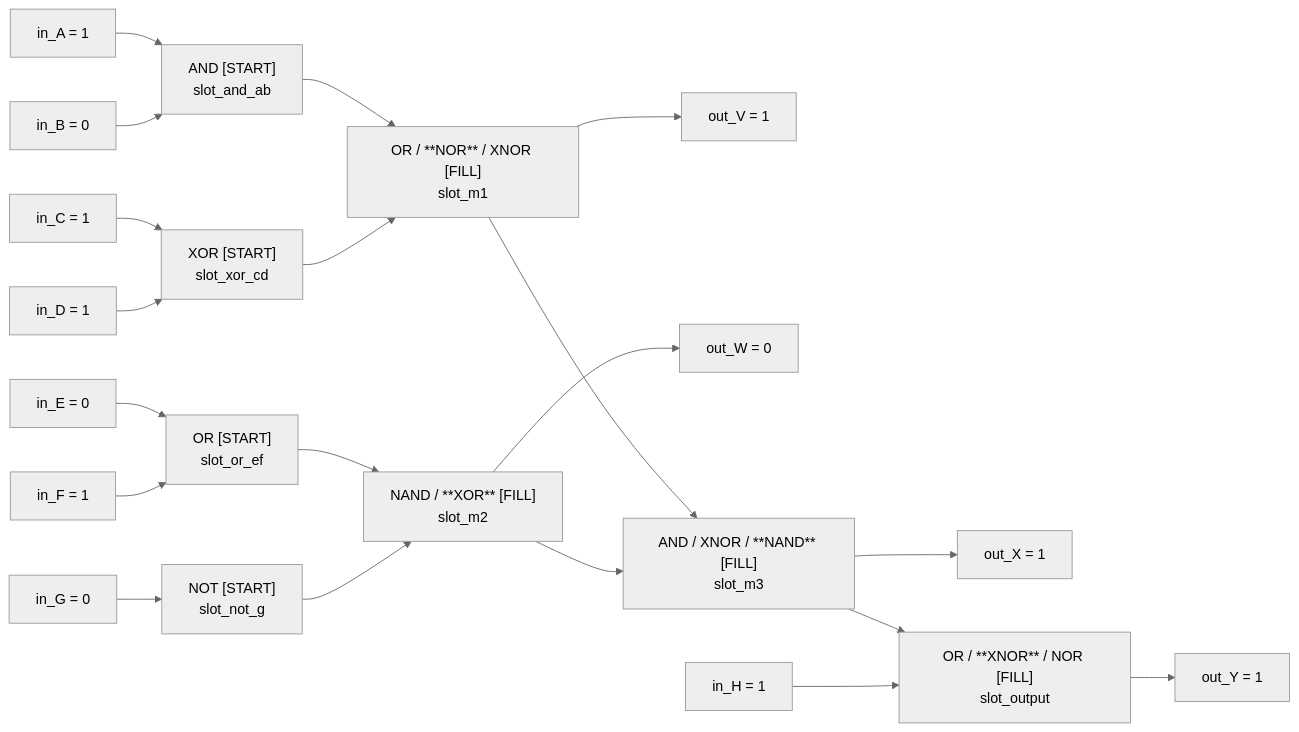
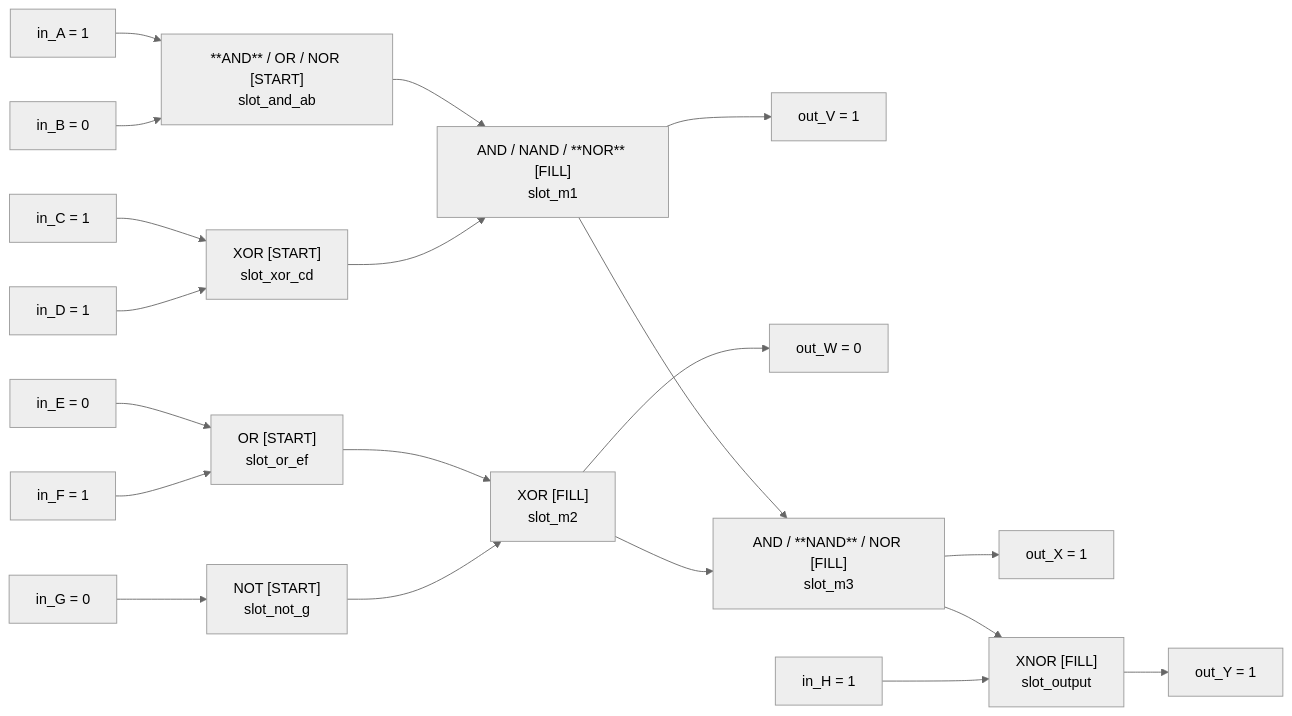
One commit to zardab/cse110-team25 changed the tenth of 10 diagrams in docs/level-diagrams.md. Above: the diagram before and after it, drawn with Mermaid (neutral theme). The commit also changed other lines of this file and 12 other files, not shown here.

````diff
--- a/docs/level-diagrams.md
+++ b/docs/level-diagrams.md
@@ -220,22 +221,22 @@
 ```mermaid
 flowchart LR
-  inA["in_A = 1"] --> andAB["AND [START]\nslot_and_ab"]
+  inA["in_A = 1"] --> andAB["**AND** / OR / NOR [START]\nslot_and_ab"]
   inB["in_B = 0"] --> andAB
   inC["in_C = 1"] --> xorCD["XOR [START]\nslot_xor_cd"]
   inD["in_D = 1"] --> xorCD
   inE["in_E = 0"] --> orEF["OR [START]\nslot_or_ef"]
   inF["in_F = 1"] --> orEF
   inG["in_G = 0"] --> notG["NOT [START]\nslot_not_g"]
-  andAB --> m1["OR / **NOR** / XNOR [FILL]\nslot_m1"]
+  andAB --> m1["AND / NAND / **NOR** [FILL]\nslot_m1"]
   xorCD --> m1
   m1 --> m1Out["out_V = 1"]
-  orEF --> m2["NAND / **XOR** [FILL]\nslot_m2"]
+  orEF --> m2["XOR [FILL]\nslot_m2"]
   notG --> m2
   m2 --> m2Out["out_W = 0"]
-  m1 --> m3["AND / XNOR / **NAND** [FILL]\nslot_m3"]
+  m1 --> m3["AND / **NAND** / NOR [FILL]\nslot_m3"]
   m2 --> m3
   m3 --> m3Out["out_X = 1"]
-  m3 --> output["OR / **XNOR** / NOR [FILL]\nslot_output"]
+  m3 --> output["XNOR [FILL]\nslot_output"]
   inH["in_H = 1"] --> output
   output --> out["out_Y = 1"]
 ```
````
